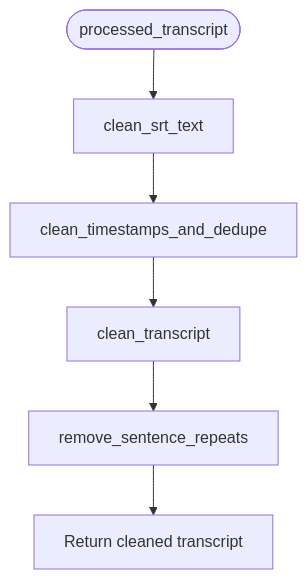
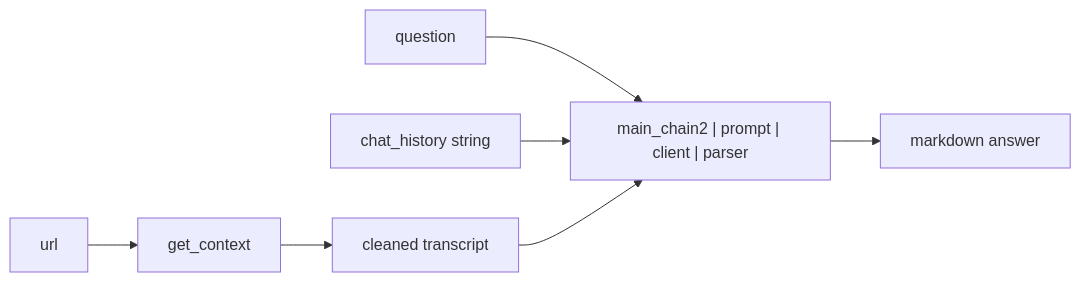
Before and after one commit to tashifkhan/tashif.codes: the fifth of 6 diagrams in src/data/docs/agentic-browser/Service Integrations/YouTube Integration.md, drawn with Mermaid. The commit also changed other lines of this file and 114 other files, not shown here.

````diff
--- a/src/data/docs/agentic-browser/Service Integrations/YouTube Integration.md
+++ b/src/data/docs/agentic-browser/Service Integrations/YouTube Integration.md
@@ -198,8 +151,9 @@
 ```mermaid
-flowchart TD
-TStart(["processed_transcript"]) --> CleanSRT["clean_srt_text"]
-CleanSRT --> CleanTimestamps["clean_timestamps_and_dedupe"]
-CleanTimestamps --> CleanTranscript["clean_transcript"]
-CleanTranscript --> RemoveDupes["remove_sentence_repeats"]
-RemoveDupes --> TEnd["Return cleaned transcript"]
+graph LR
+  URL["url"] --> Context["get_context"]
+  Context --> Transcript["cleaned transcript"]
+  Q["question"] --> Chain["main_chain2 | prompt | client | parser"]
+  H["chat_history string"] --> Chain
+  Transcript --> Chain
+  Chain --> Answer["markdown answer"]
 ```
````
